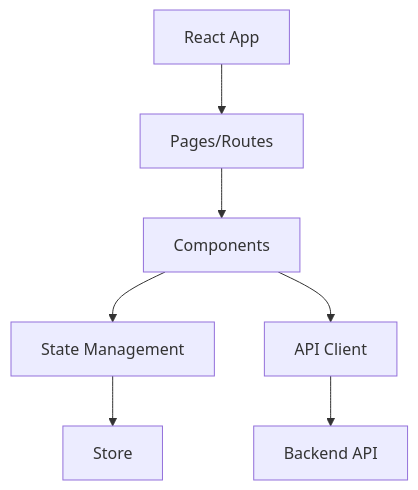
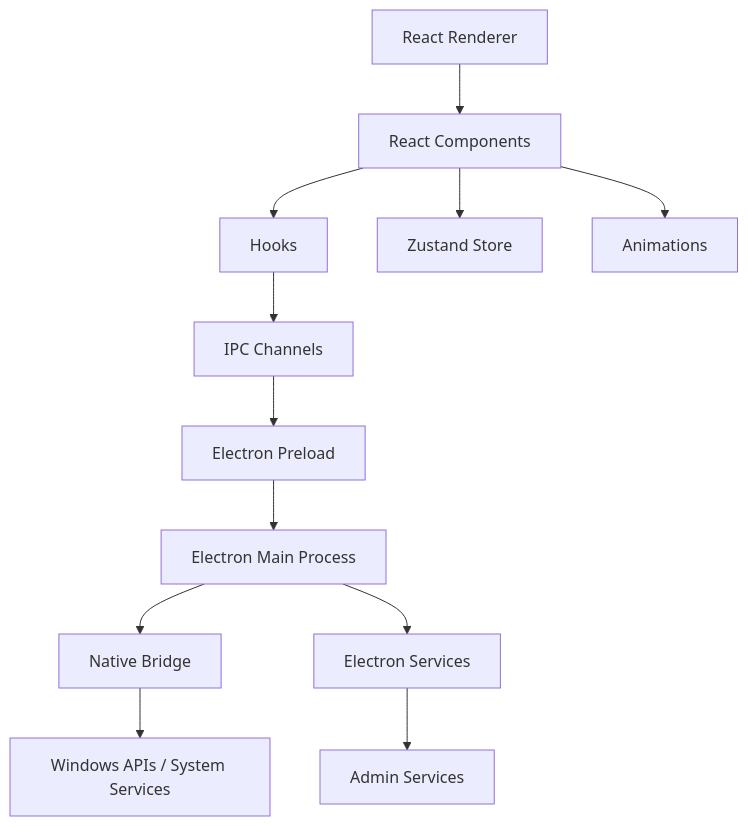
Before and after one commit to ayush-thakur01/Nexo: the diagram in README.md, drawn with Mermaid. The commit also changed other lines of this file, not shown here.

````diff
--- a/README.md
+++ b/README.md
@@ -28,9 +131,23 @@
 ```mermaid
 graph TD
-  A[React App] --> B[Pages/Routes]
-  B --> C[Components]
-  C --> D[State Management]
-  C --> E[API Client]
-  E --> F[Backend API]
-  D --> G[Store]
+
+    A[React Renderer] --> B[React Components]
+
+    B --> C[Hooks]
+    B --> D[Zustand Store]
+    B --> E[Animations]
+
+    C --> F[IPC Channels]
+
+    F --> G[Electron Preload]
+
+    G --> H[Electron Main Process]
+
+    H --> I[Native Bridge]
+
+    I --> J[Windows APIs / System Services]
+
+    H --> K[Electron Services]
+
+    K --> L[Admin Services]
 ```
````
